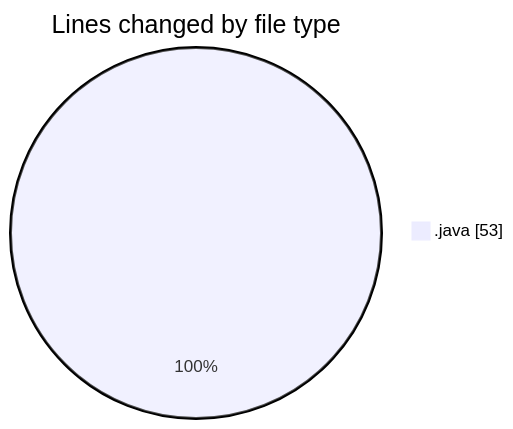
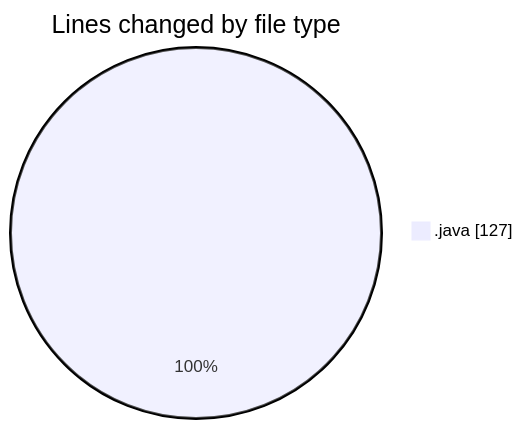
Before and after one commit to NitaiMahat/code-tracking: the first of 2 diagrams in 2025-02-15/optional_codings/README.md, drawn with Mermaid. The commit also changed other lines of this file and 1 other file, not shown here.

````diff
--- a/2025-02-15/optional_codings/README.md
+++ b/2025-02-15/optional_codings/README.md
@@ -21,5 +22,5 @@
 ```mermaid
 pie showData
 title Lines changed by file type
-".java" : 53
+".java" : 127
 ```
````
